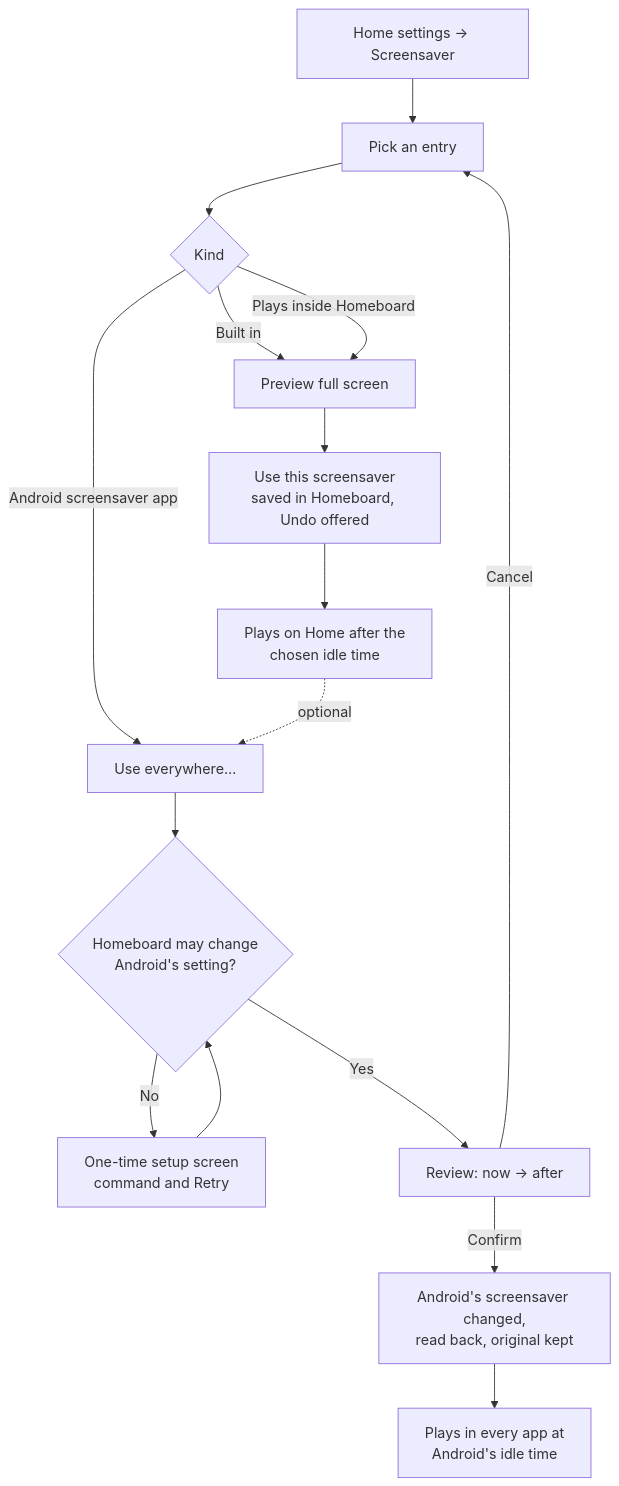
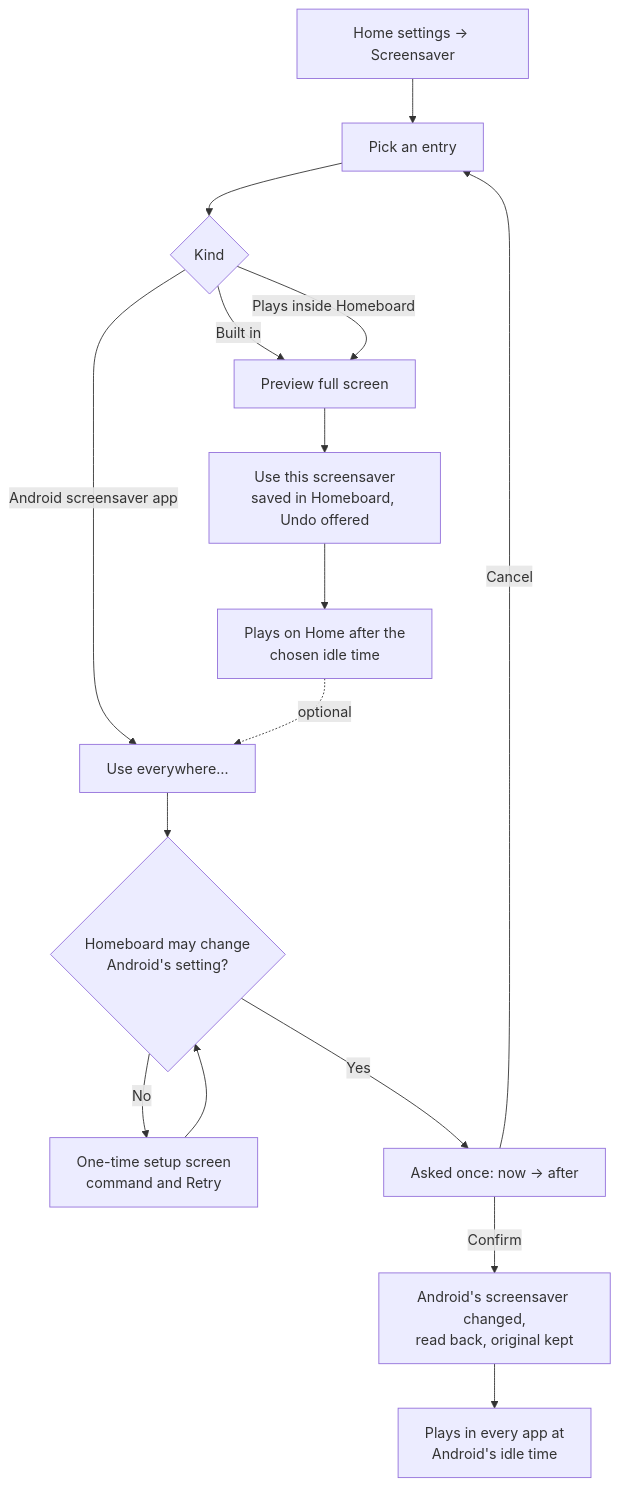
Before and after one commit to wbniv/homeboard-tv: the first of 5 diagrams in docs/plans/2026-11-20-screensavers.md, drawn with Mermaid. The commit also changed other lines of this file and 7 other files, not shown here.

````diff
--- a/docs/plans/2026-11-20-screensavers.md
+++ b/docs/plans/2026-11-20-screensavers.md
@@ -61,18 +62,18 @@
 ```mermaid
 flowchart TD
     A[Home settings → Screensaver] --> B[Pick an entry]
     B --> C{Kind}
     C -->|Built in| D[Preview full screen]
     C -->|Plays inside Homeboard| D
     D --> E[Use this screensaver<br/>saved in Homeboard, Undo offered]
     E --> F[Plays on Home after the<br/>chosen idle time]
     C -->|Android screensaver app| G[Use everywhere…]
     F -.->|optional| G
     G --> H{Homeboard may change<br/>Android's setting?}
     H -->|No| I[One-time setup screen<br/>command and Retry]
     I --> H
-    H -->|Yes| J[Review: now → after]
+    H -->|Yes| J[Asked once: now → after]
     J -->|Confirm| K[Android's screensaver changed,<br/>read back, original kept]
     J -->|Cancel| B
     K --> L[Plays in every app at<br/>Android's idle time]
 ```
````
